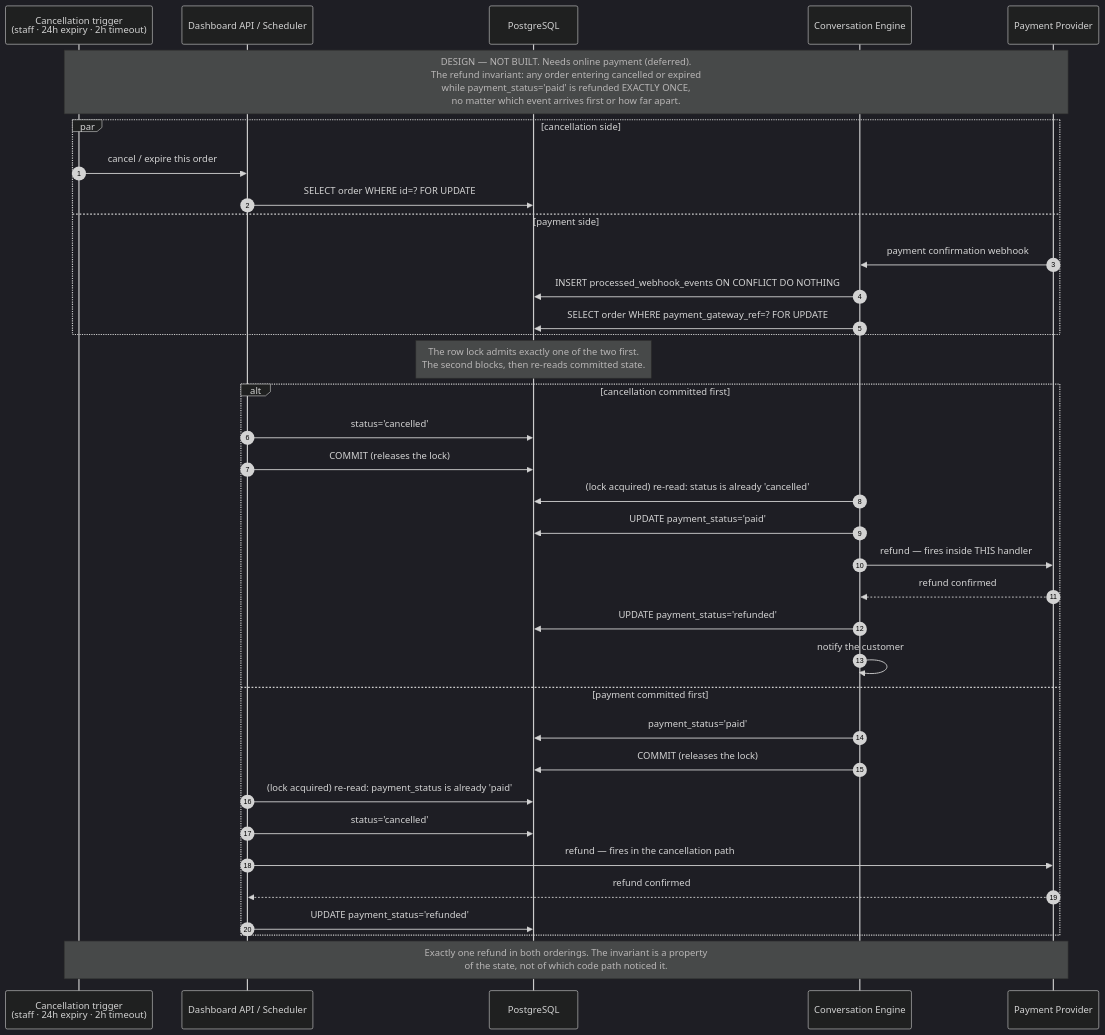
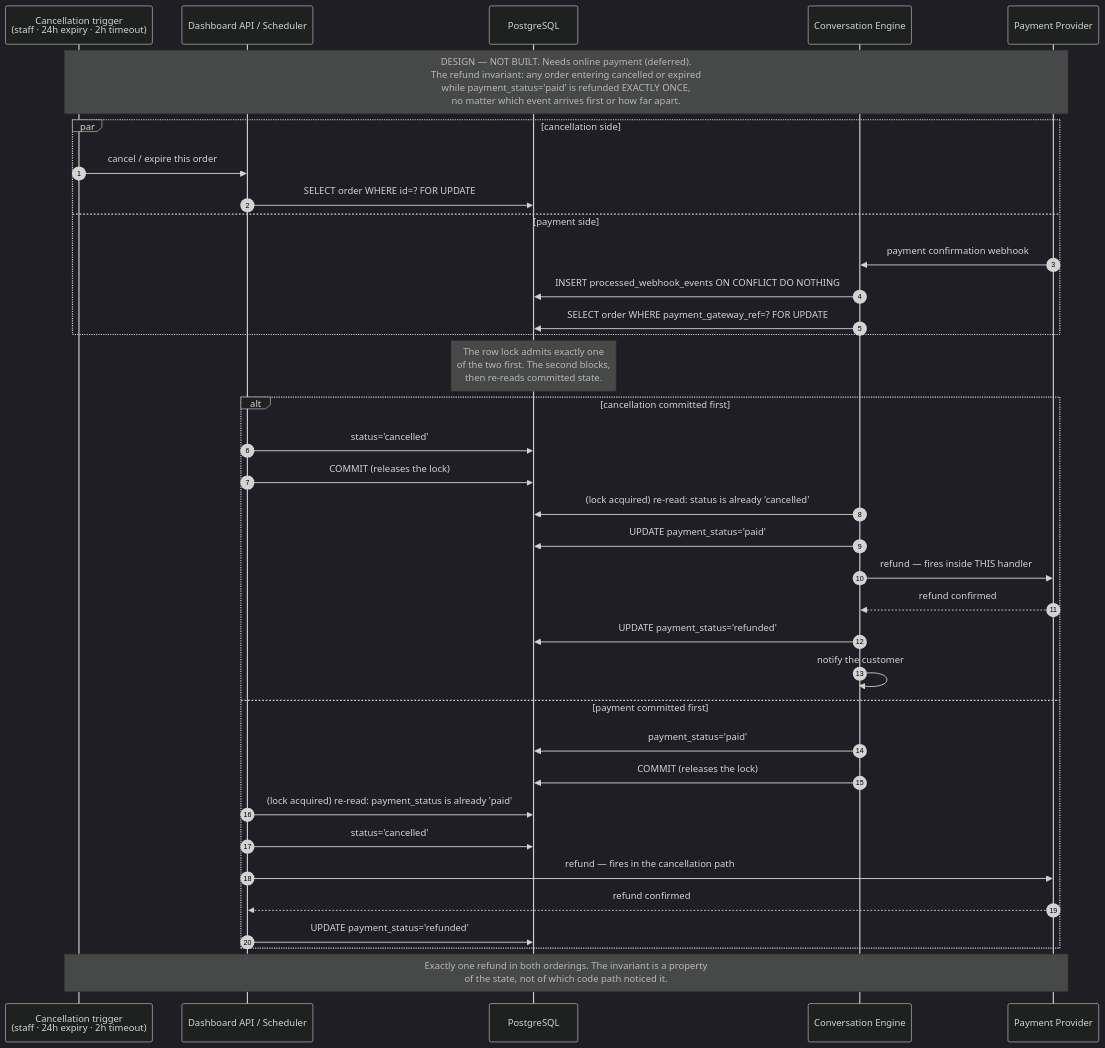
One commit to mozz-labs/sufria changed the diagram in docs/diagrams/18-seq-concurrent-cancel.mmd. Above: the diagram before and after it, drawn with Mermaid (dark theme). The commit also changed 37 other files, not shown here.

First line of the commit message:
docs(wip): Chapter 3 v1.2 diagrams — all rendered, FR-08, FR-28 and menu as built

```diff
--- a/docs/diagrams/18-seq-concurrent-cancel.mmd
+++ b/docs/diagrams/18-seq-concurrent-cancel.mmd
@@ -1,36 +1,36 @@
 sequenceDiagram
     autonumber
     participant TRIG as Cancellation trigger<br/>(staff · 24h expiry · 2h timeout)
     participant API as Dashboard API / Scheduler
     participant DB as PostgreSQL
     participant CE as Conversation Engine
     participant PG as Payment Provider
     Note over TRIG,PG: DESIGN — NOT BUILT. Needs online payment (deferred).<br/>The refund invariant: any order entering cancelled or expired<br/>while payment_status='paid' is refunded EXACTLY ONCE,<br/>no matter which event arrives first or how far apart.
     par cancellation side
         TRIG->>API: cancel / expire this order
         API->>DB: SELECT order WHERE id=? FOR UPDATE
     and payment side
         PG->>CE: payment confirmation webhook
         CE->>DB: INSERT processed_webhook_events ON CONFLICT DO NOTHING
         CE->>DB: SELECT order WHERE payment_gateway_ref=? FOR UPDATE
     end
-    Note over DB: The row lock admits exactly one of the two first.<br/>The second blocks, then re-reads committed state.
+    Note over DB: The row lock admits exactly one<br/>of the two first. The second blocks,<br/>then re-reads committed state.
     alt cancellation committed first
         API->>DB: status='cancelled'
         API->>DB: COMMIT (releases the lock)
         CE->>DB: (lock acquired) re-read: status is already 'cancelled'
         CE->>DB: UPDATE payment_status='paid'
         CE->>PG: refund — fires inside THIS handler
         PG-->>CE: refund confirmed
         CE->>DB: UPDATE payment_status='refunded'
         CE->>CE: notify the customer
     else payment committed first
         CE->>DB: payment_status='paid'
         CE->>DB: COMMIT (releases the lock)
         API->>DB: (lock acquired) re-read: payment_status is already 'paid'
         API->>DB: status='cancelled'
         API->>PG: refund — fires in the cancellation path
         PG-->>API: refund confirmed
         API->>DB: UPDATE payment_status='refunded'
     end
     Note over TRIG,PG: Exactly one refund in both orderings. The invariant is a property<br/>of the state, not of which code path noticed it.
```
